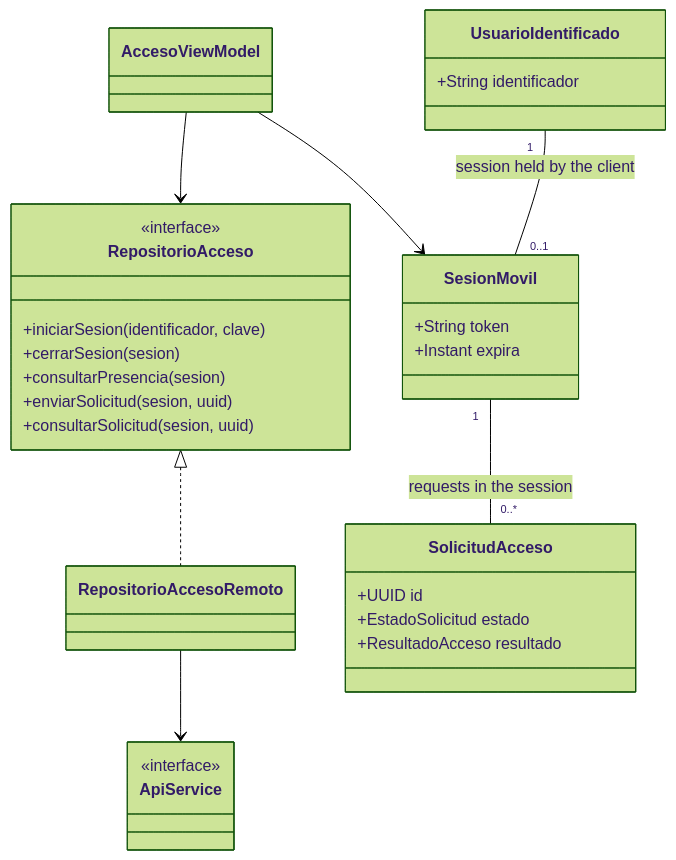
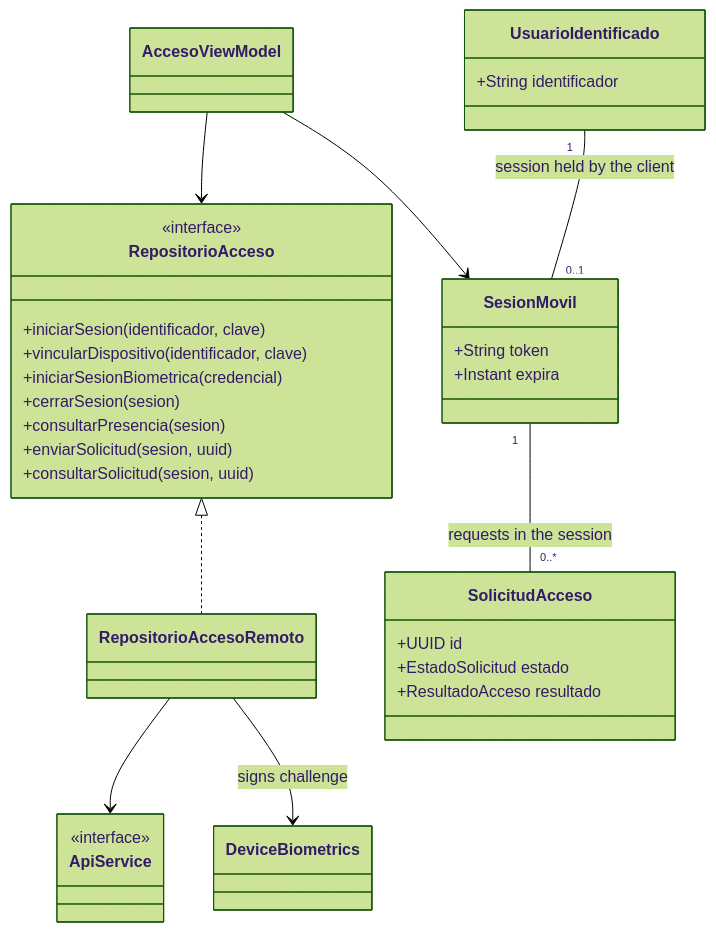
One commit to Gowrgie/ControlAccesoLocal changed the diagram in diagramas/android_proposed_class_diagram.md. Above: the diagram before and after it, drawn with Mermaid (forest theme). The commit also changed 43 other files, not shown here.

````diff
--- a/diagramas/android_proposed_class_diagram.md
+++ b/diagramas/android_proposed_class_diagram.md
@@ -1,37 +1,41 @@
 ```mermaid
 classDiagram
     direction TB
 
     class AccesoViewModel
     class RepositorioAcceso {
         <<interface>>
         +iniciarSesion(identificador, clave)
+        +vincularDispositivo(identificador, clave)
+        +iniciarSesionBiometrica(credencial)
         +cerrarSesion(sesion)
         +consultarPresencia(sesion)
         +enviarSolicitud(sesion, uuid)
         +consultarSolicitud(sesion, uuid)
     }
     class RepositorioAccesoRemoto
+    class DeviceBiometrics
     class ApiService {
         <<interface>>
     }
     class UsuarioIdentificado {
         +String identificador
     }
     class SesionMovil {
         +String token
         +Instant expira
     }
     class SolicitudAcceso {
         +UUID id
         +EstadoSolicitud estado
         +ResultadoAcceso resultado
     }
 
     AccesoViewModel --> RepositorioAcceso
     AccesoViewModel --> SesionMovil
     RepositorioAcceso <|.. RepositorioAccesoRemoto
     RepositorioAccesoRemoto --> ApiService
+    RepositorioAccesoRemoto --> DeviceBiometrics : signs challenge
     UsuarioIdentificado "1" -- "0..1" SesionMovil : session held by the client
     SesionMovil "1" -- "0..*" SolicitudAcceso : requests in the session
 ```
````
